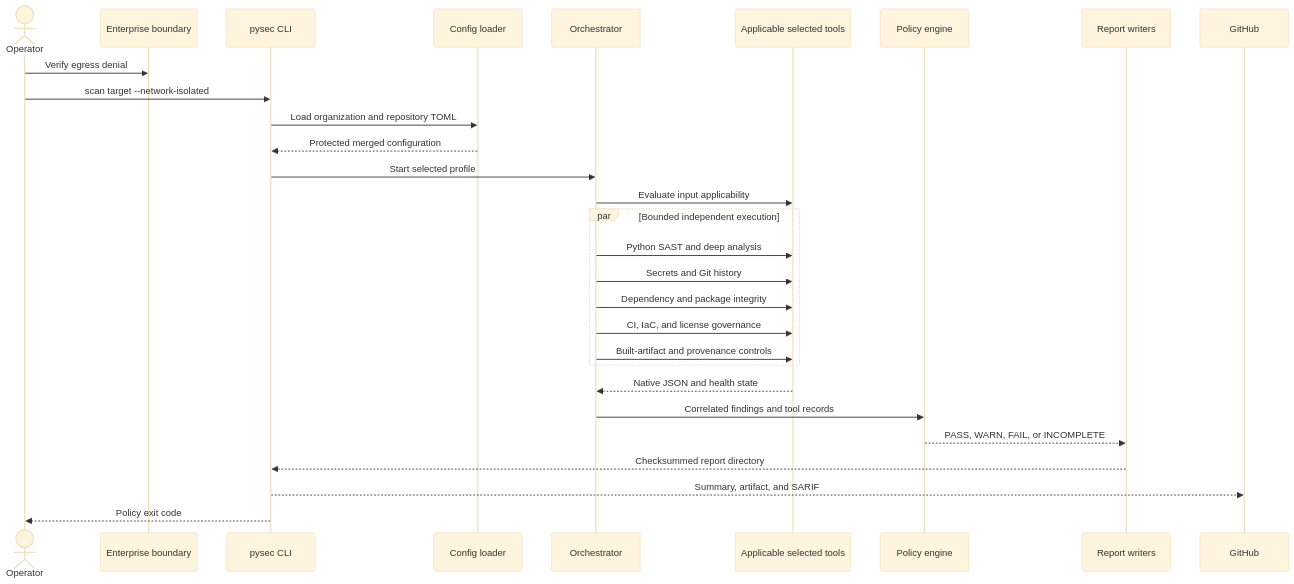
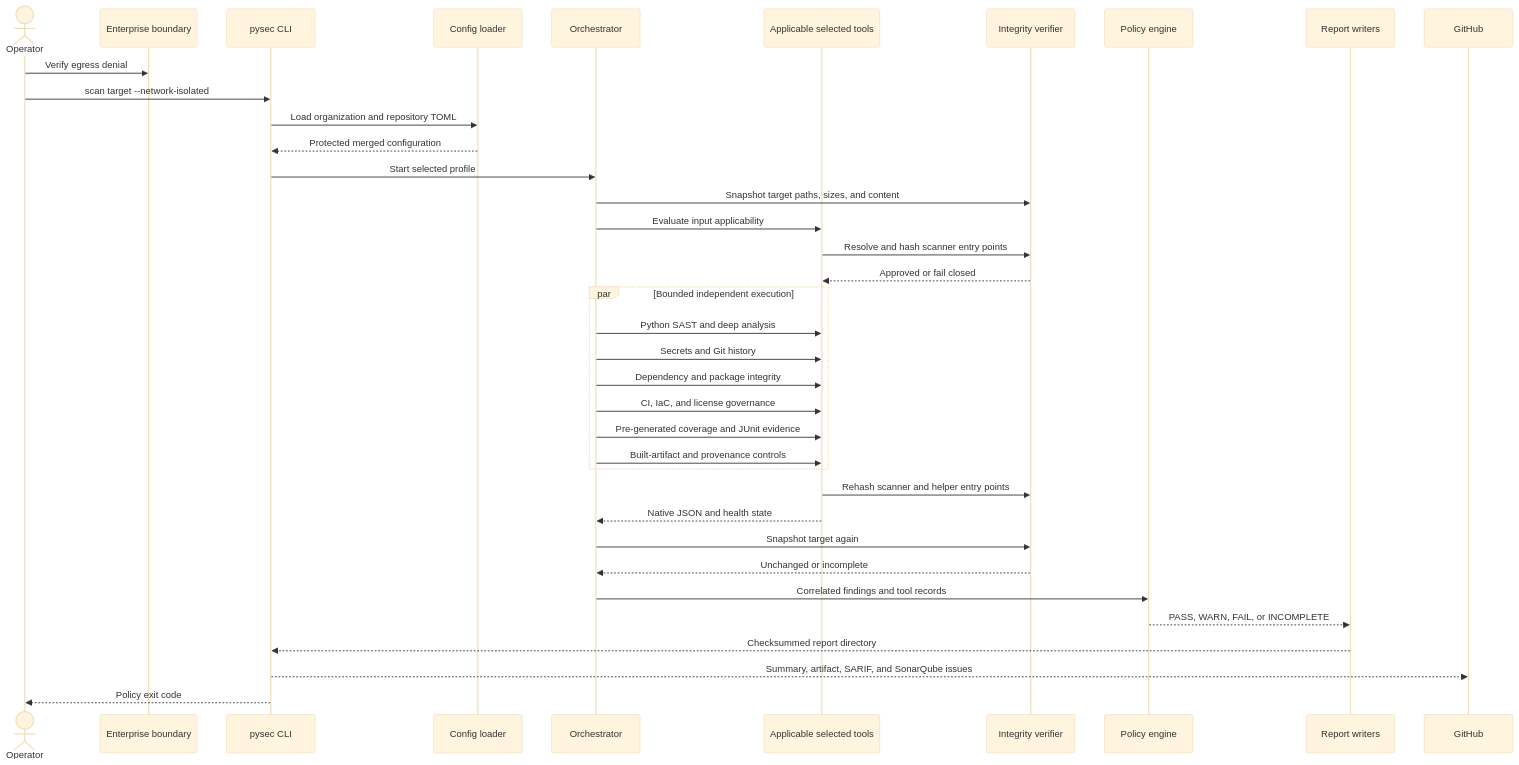
One commit to willtran87/project-py-security-suite changed the fifth of 8 diagrams in docs/design.md. Above: the diagram before and after it, drawn with Mermaid (base theme). The commit also changed other lines of this file and 140 other files, not shown here.

````diff
--- a/docs/design.md
+++ b/docs/design.md
@@ -119,32 +177,40 @@
 ```mermaid
 sequenceDiagram
     actor Operator
     participant Boundary as Enterprise boundary
     participant CLI as pysec CLI
     participant Config as Config loader
     participant Orch as Orchestrator
     participant Tools as Applicable selected tools
+    participant Integrity as Integrity verifier
     participant Policy as Policy engine
     participant Reports as Report writers
     participant GitHub
 
     Operator->>Boundary: Verify egress denial
     Operator->>CLI: scan target --network-isolated
     CLI->>Config: Load organization and repository TOML
     Config-->>CLI: Protected merged configuration
     CLI->>Orch: Start selected profile
+    Orch->>Integrity: Snapshot target paths, sizes, and content
     Orch->>Tools: Evaluate input applicability
+    Tools->>Integrity: Resolve and hash scanner entry points
+    Integrity-->>Tools: Approved or fail closed
     par Bounded independent execution
         Orch->>Tools: Python SAST and deep analysis
         Orch->>Tools: Secrets and Git history
         Orch->>Tools: Dependency and package integrity
         Orch->>Tools: CI, IaC, and license governance
+        Orch->>Tools: Pre-generated coverage and JUnit evidence
         Orch->>Tools: Built-artifact and provenance controls
     end
+    Tools->>Integrity: Rehash scanner and helper entry points
     Tools-->>Orch: Native JSON and health state
+    Orch->>Integrity: Snapshot target again
+    Integrity-->>Orch: Unchanged or incomplete
     Orch->>Policy: Correlated findings and tool records
     Policy-->>Reports: PASS, WARN, FAIL, or INCOMPLETE
     Reports-->>CLI: Checksummed report directory
-    CLI-->>GitHub: Summary, artifact, and SARIF
+    CLI-->>GitHub: Summary, artifact, SARIF, and SonarQube issues
     CLI-->>Operator: Policy exit code
 ```
````
